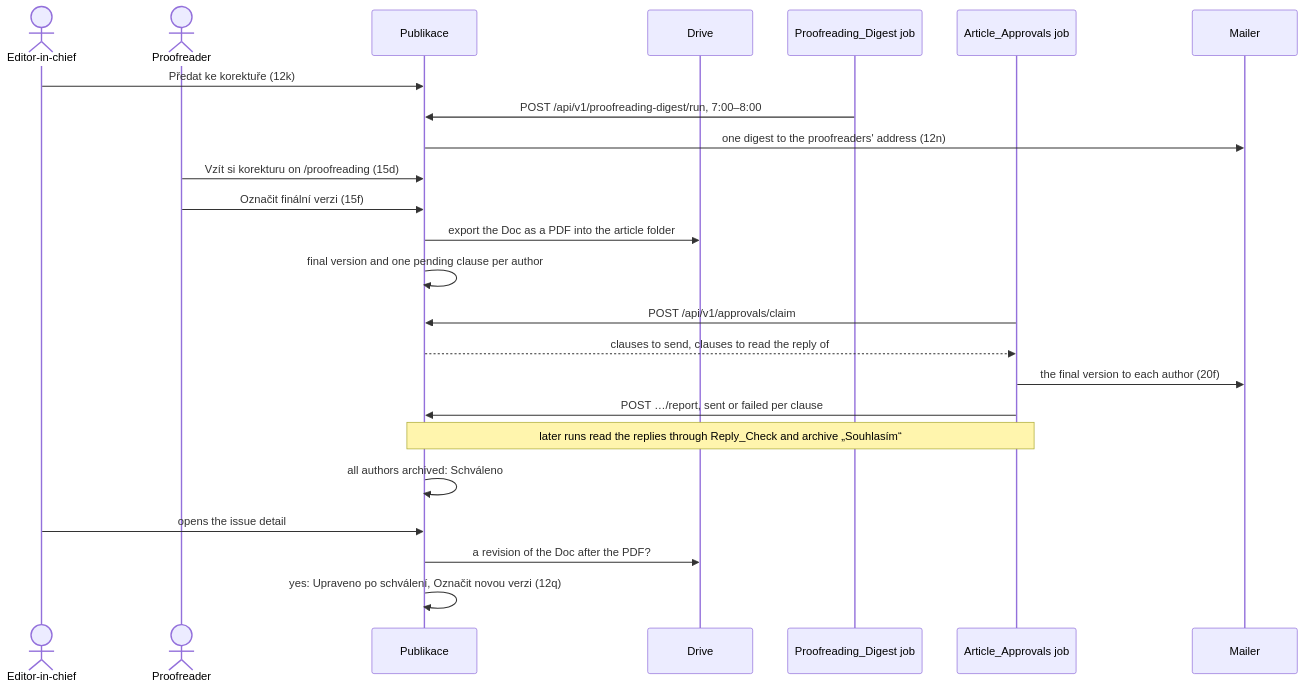
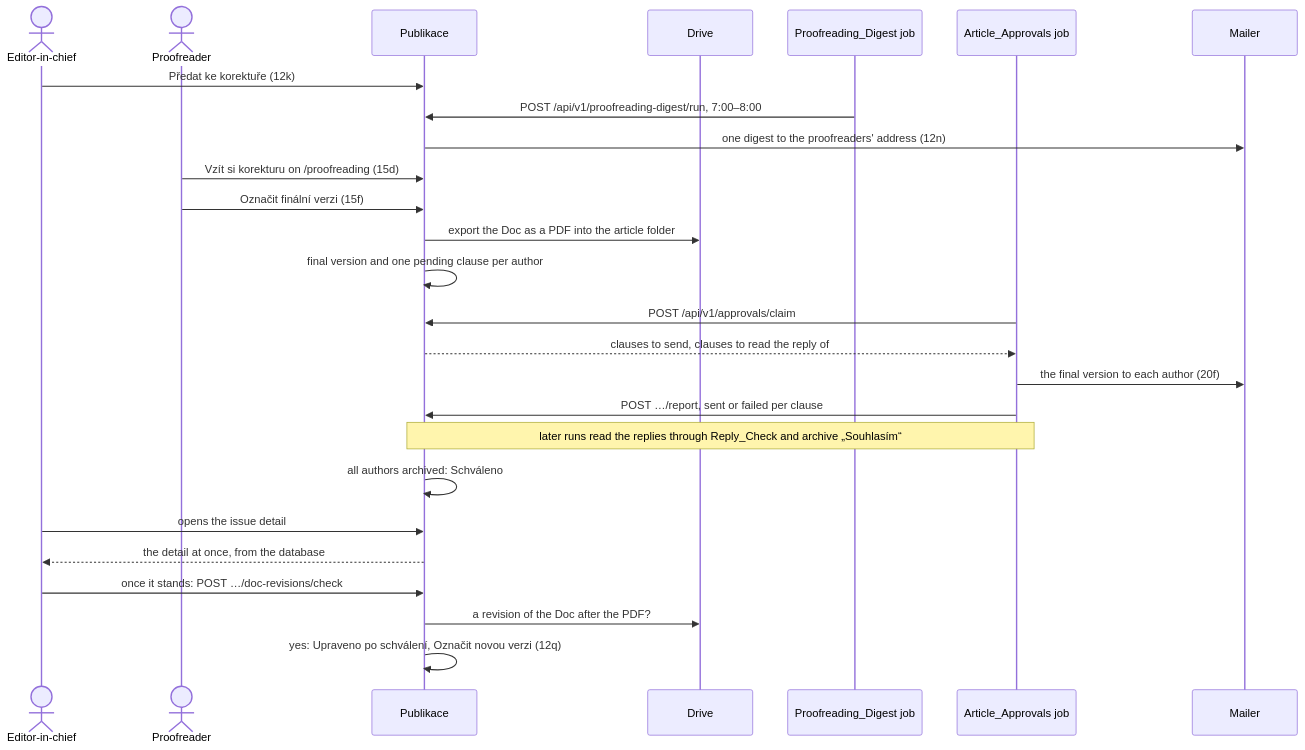
One commit to vednemesicnik/cz.vednemesicnik.publikace changed the fifth of 6 diagrams in docs/architecture.md. Above: the diagram before and after it, drawn with Mermaid. The commit also changed 10 other files, not shown here.

First line of the commit message:
feat(issues): ask Drive about approved Docs once the detail stands (#156) (#173)

````diff
--- a/docs/architecture.md
+++ b/docs/architecture.md
@@ -274,26 +274,28 @@
 ```mermaid
 sequenceDiagram
   actor E as Editor-in-chief
   actor K as Proofreader
   participant A as Publikace
   participant D as Drive
   participant G as Proofreading_Digest job
   participant J as Article_Approvals job
   participant M as Mailer
   E->>A: Předat ke korektuře (12k)
   G->>A: POST /api/v1/proofreading-digest/run, 7:00–8:00
   A->>M: one digest to the proofreaders' address (12n)
   K->>A: Vzít si korekturu on /proofreading (15d)
   K->>A: Označit finální verzi (15f)
   A->>D: export the Doc as a PDF into the article folder
   A->>A: final version and one pending clause per author
   J->>A: POST /api/v1/approvals/claim
   A-->>J: clauses to send, clauses to read the reply of
   J->>M: the final version to each author (20f)
   J->>A: POST …/report, sent or failed per clause
   Note over J,A: later runs read the replies through Reply_Check and archive „Souhlasím“
   A->>A: all authors archived: Schváleno
   E->>A: opens the issue detail
+  A-->>E: the detail at once, from the database
+  E->>A: once it stands: POST …/doc-revisions/check
   A->>D: a revision of the Doc after the PDF?
   A->>A: yes: Upraveno po schválení, Označit novou verzi (12q)
 ```
````
